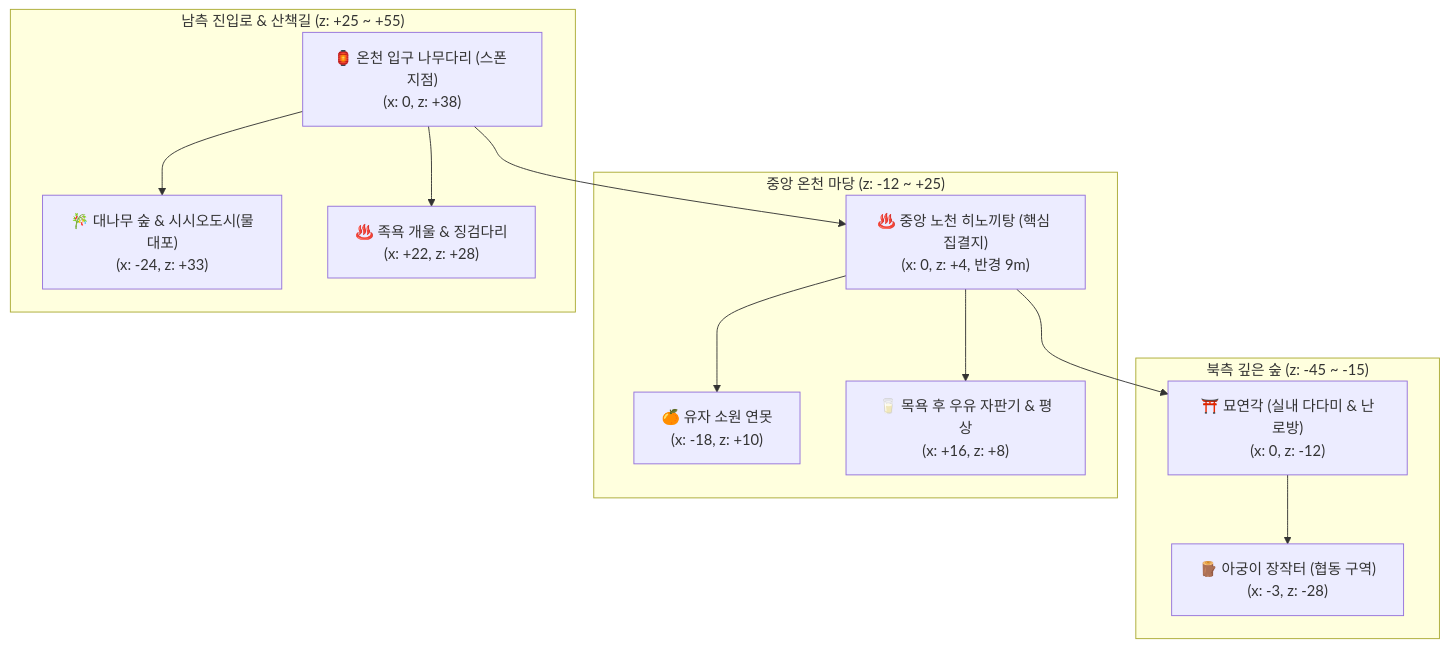
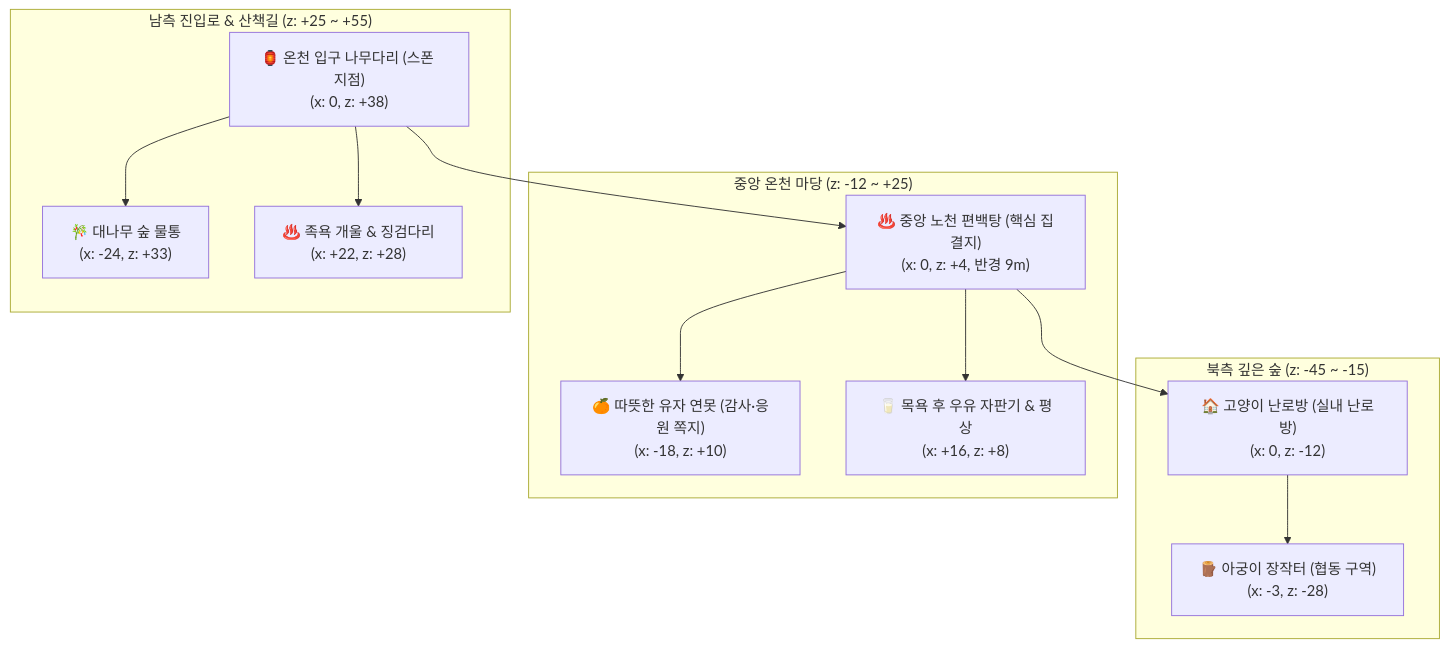
The second of 2 diagrams in docs/기획서/cat_onsen_master_plan.md (JunHoKim21/mouwon), drawn with Mermaid before and after one commit. The commit also changed other lines of this file and 12 other files, not shown here.

````diff
--- a/docs/기획서/cat_onsen_master_plan.md
+++ b/docs/기획서/cat_onsen_master_plan.md
@@ -34,27 +34,27 @@
 ```mermaid
 flowchart TD
     subgraph North["북측 깊은 숲 (z: -45 ~ -15)"]
         F1["🪵 아궁이 장작터 (협동 구역)<br/>(x: -3, z: -28)"]
-        F2["⛩️ 묘연각 (실내 다다미 & 난로방)<br/>(x: 0, z: -12)"]
+        F2["🏠 고양이 난로방 (실내 난로방)<br/>(x: 0, z: -12)"]
     end
 
     subgraph Center["중앙 온천 마당 (z: -12 ~ +25)"]
-        C1["♨️ 중앙 노천 히노끼탕 (핵심 집결지)<br/>(x: 0, z: +4, 반경 9m)"]
-        C2["🍊 유자 소원 연못<br/>(x: -18, z: +10)"]
+        C1["♨️ 중앙 노천 편백탕 (핵심 집결지)<br/>(x: 0, z: +4, 반경 9m)"]
+        C2["🍊 따뜻한 유자 연못 (감사·응원 쪽지)<br/>(x: -18, z: +10)"]
         C3["🥛 목욕 후 우유 자판기 & 평상<br/>(x: +16, z: +8)"]
     end
 
     subgraph South["남측 진입로 & 산책길 (z: +25 ~ +55)"]
-        S1["🎋 대나무 숲 & 시시오도시(물대포)<br/>(x: -24, z: +33)"]
+        S1["🎋 대나무 숲 물통<br/>(x: -24, z: +33)"]
         S2["♨️ 족욕 개울 & 징검다리<br/>(x: +22, z: +28)"]
         S3["🏮 온천 입구 나무다리 (스폰 지점)<br/>(x: 0, z: +38)"]
     end
 
     S3 --> C1
     S3 --> S1
     S3 --> S2
     C1 --> F2
     C1 --> C2
     C1 --> C3
     F2 --> F1
 ```
````
